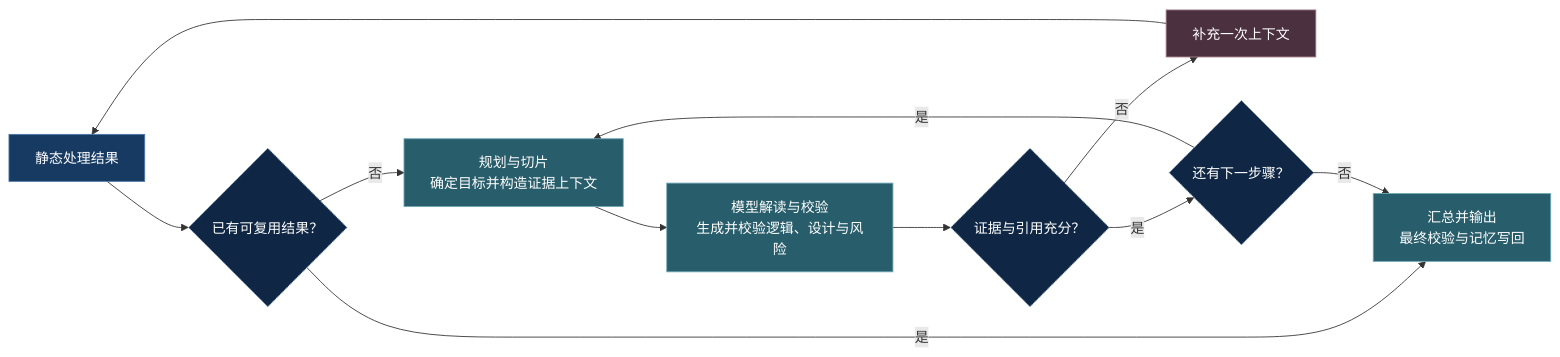
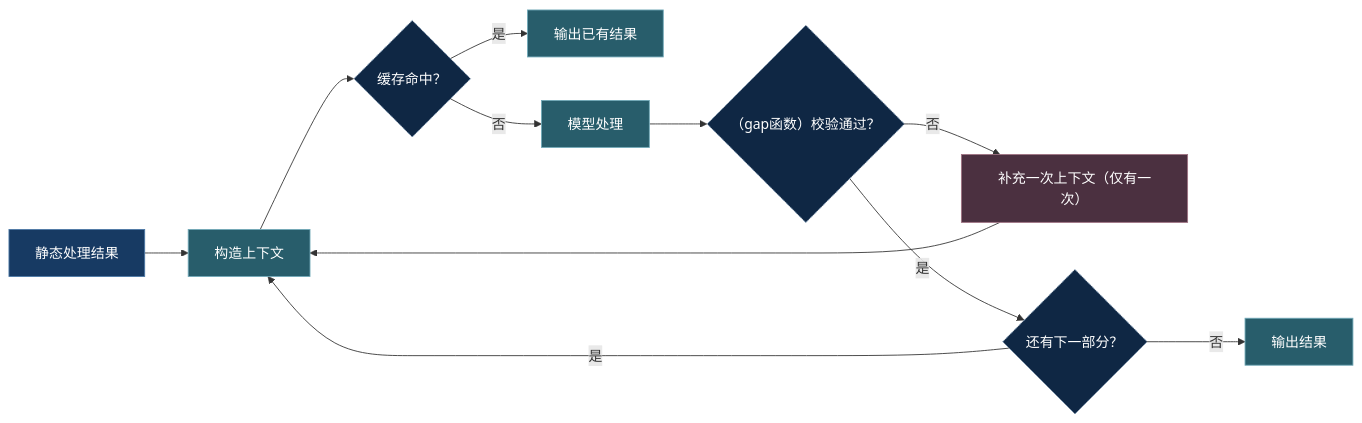
Before and after one commit to kane0204/CodeLens: the third of 5 diagrams in docs/slides/slides.md, drawn with Mermaid. The commit also changed other lines of this file, not shown here.

````diff
--- a/docs/slides/slides.md
+++ b/docs/slides/slides.md
@@ -214,27 +229,26 @@
 ```mermaid
 flowchart LR
-    A["静态处理结果"] --> B{"已有可复用结果？"}
+    A["静态处理结果"] --> C["构造上下文"]
+    C --> B{"缓存命中？"}
 
-    B -- "是" --> H["汇总并输出<br/>最终校验与记忆写回"]
-    B -- "否" --> C["规划与切片<br/>确定目标并构造证据上下文"]
+    B -- "是" --> R["输出已有结果"]
+    B -- "否" --> D["模型处理"]
+    D --> E{"（gap函数）校验通过？"}
 
-    C --> D["模型解读与校验<br/>生成并校验逻辑、设计与风险"]
-    D --> E{"证据与引用充分？"}
-
-    E -- "否" --> F["补充一次上下文"]
-    F --> A
-    E -- "是" --> G{"还有下一步骤？"}
+    E -- "否" --> F["补充一次上下文（仅有一次）"]
+    F --> C
+    E -- "是" --> G{"还有下一部分？"}
 
     G -- "是" --> C
-    G -- "否" --> H
+    G -- "否" --> H["输出结果"]
 
     classDef input fill:#173a63,stroke:#4b78a6,color:#fff;
     classDef decision fill:#0f2744,stroke:#7895b2,stroke-dasharray:4 3,color:#fff;
     classDef repair fill:#4b3040,stroke:#9f7282,color:#fff;
     classDef output fill:#285d6b,stroke:#71a9b8,color:#fff;
 
     class A input;
     class B,E,G decision;
     class F repair;
-    class C,D,H output;
+    class C,D,H,R output;
 ```
````
